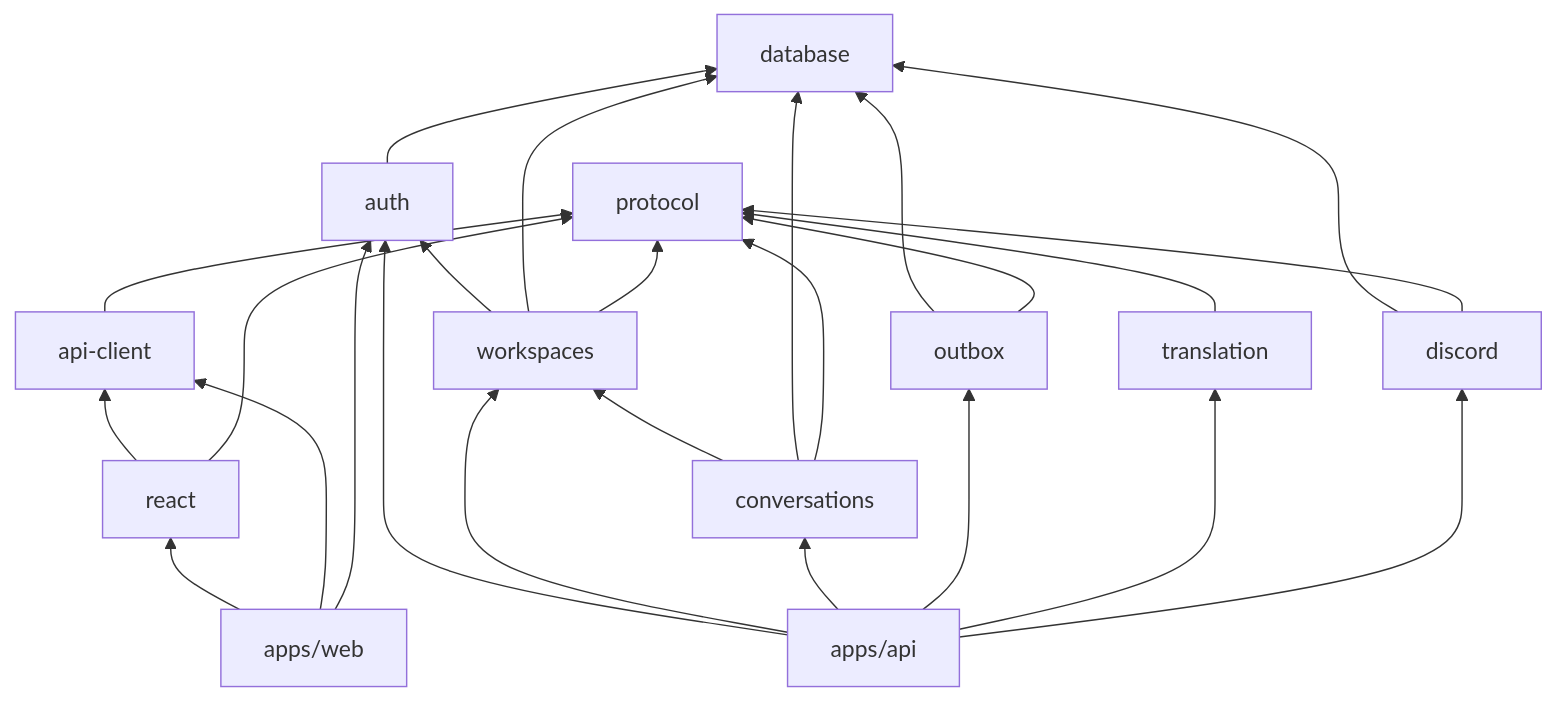
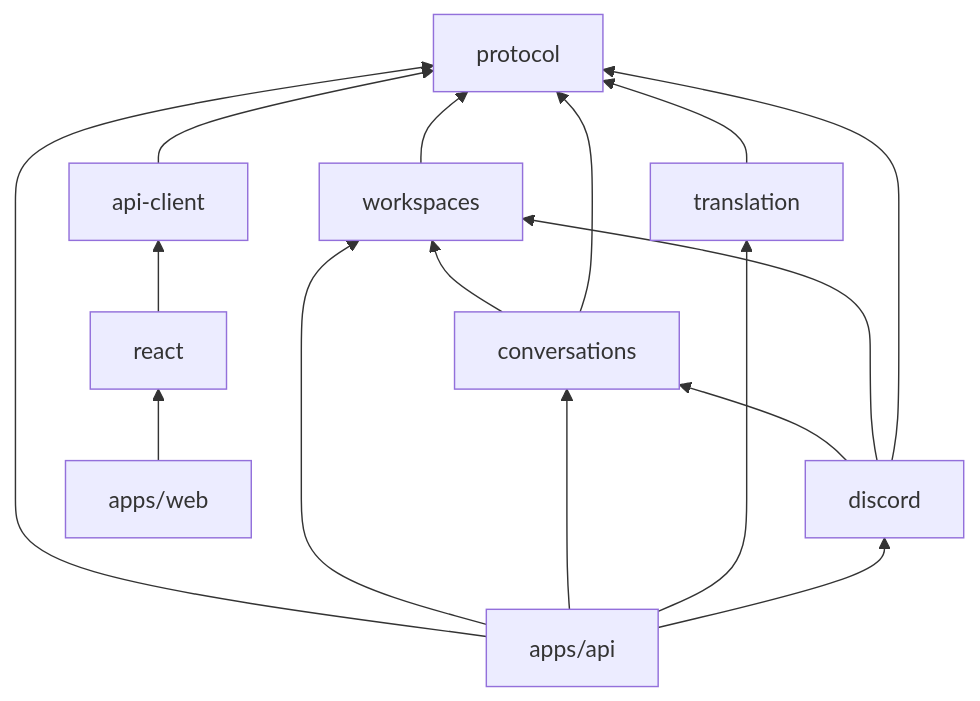
The second of 3 diagrams in docs/architecture/base-v1.md (xanthous-tech/RespondKit), drawn with Mermaid before and after one commit. The commit also changed other lines of this file, not shown here.

Commit message:
docs: simplify Discord-first architecture

````diff
--- a/docs/architecture/base-v1.md
+++ b/docs/architecture/base-v1.md
@@ -157,36 +194,21 @@
 ```mermaid
 flowchart BT
   Protocol[protocol]
-  Database[database]
-
   ApiClient[api-client] --> Protocol
   ReactPkg[react] --> ApiClient
-  ReactPkg --> Protocol
 
-  Auth[auth] --> Database
-  Workspaces[workspaces] --> Auth
-  Workspaces --> Database
-  Workspaces --> Protocol
-
+  Workspaces[workspaces] --> Protocol
   Conversations[conversations] --> Workspaces
-  Conversations --> Database
   Conversations --> Protocol
-
-  Outbox[outbox] --> Database
-  Outbox --> Protocol
-
   Translation[translation] --> Protocol
-  DiscordPkg[discord] --> Database
+  DiscordPkg[discord] --> Conversations
+  DiscordPkg --> Workspaces
   DiscordPkg --> Protocol
 
   WebApp[apps/web] --> ReactPkg
-  WebApp --> ApiClient
-  WebApp --> Auth
-
-  ApiApp[apps/api] --> Auth
+  ApiApp[apps/api] --> Protocol
   ApiApp --> Workspaces
   ApiApp --> Conversations
-  ApiApp --> Outbox
   ApiApp --> Translation
   ApiApp --> DiscordPkg
 ```
````
